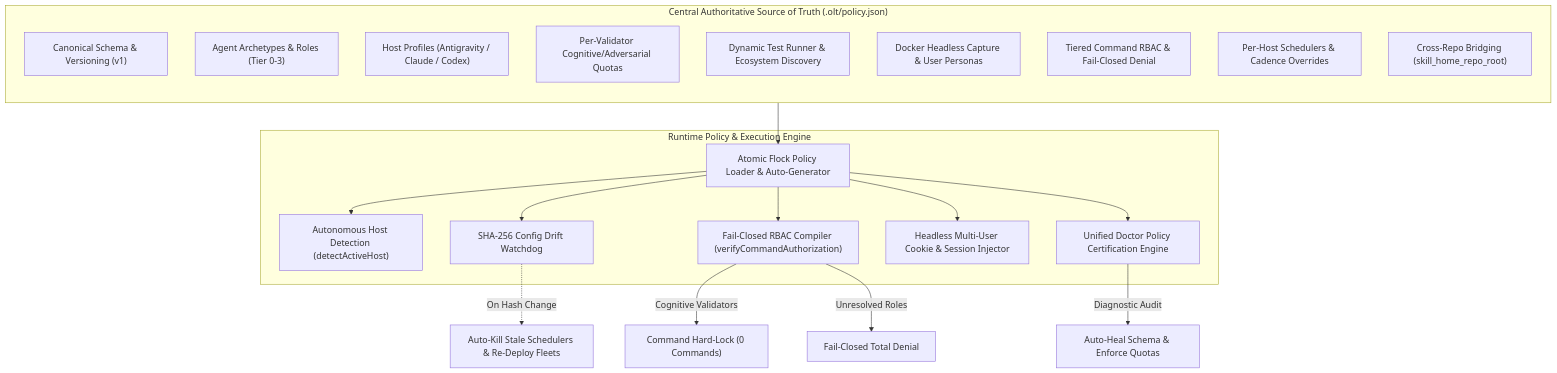
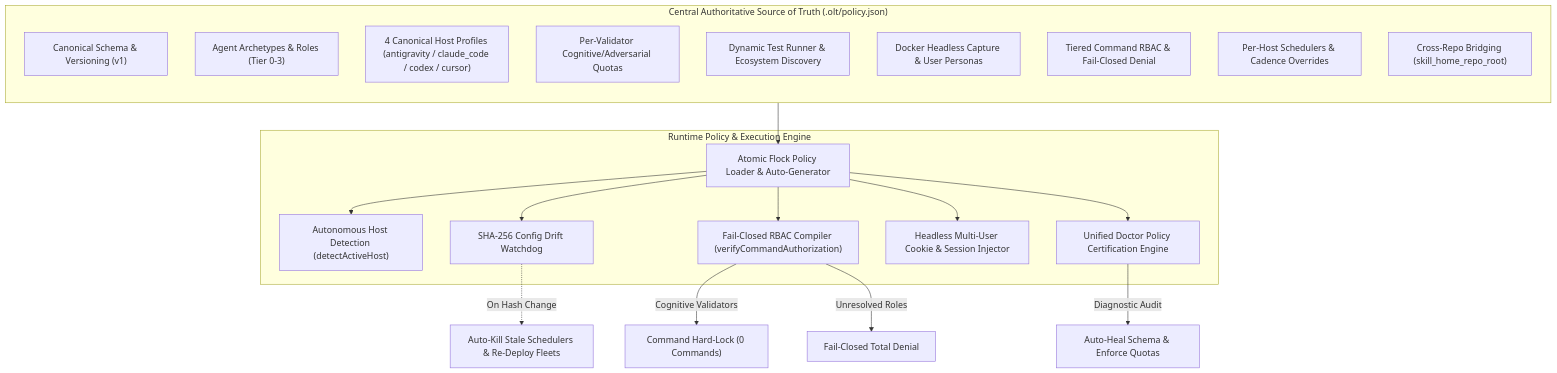
The first of 6 diagrams in docs/planning/central-repo-policy-json-engine/PLAN.md (onurseckin/skills), drawn with Mermaid before and after one commit. The commit also changed other lines of this file and 5 other files, not shown here.

Commit message:
docs(planning): codify 4-host matrix, claude-5 models, subdomain staging reflog safety, and 5-min parallelization SLA

````diff
--- a/docs/planning/central-repo-policy-json-engine/PLAN.md
+++ b/docs/planning/central-repo-policy-json-engine/PLAN.md
@@ -25,36 +25,36 @@
 ```mermaid
 graph TD
     subgraph SOT["Central Authoritative Source of Truth (.olt/policy.json)"]
         direction TB
         SCHEMA["Canonical Schema & Versioning (v1)"]
         AGENTS["Agent Archetypes & Roles (Tier 0-3)"]
-        HOSTS["Host Profiles (Antigravity / Claude / Codex)"]
+        HOSTS["4 Canonical Host Profiles (antigravity / claude_code / codex / cursor)"]
         QUOTAS["Per-Validator Cognitive/Adversarial Quotas"]
         TESTS["Dynamic Test Runner & Ecosystem Discovery"]
         DOCKER["Docker Headless Capture & User Personas"]
         RBAC["Tiered Command RBAC & Fail-Closed Denial"]
         SCHED["Per-Host Schedulers & Cadence Overrides"]
         BRIDGE["Cross-Repo Bridging (skill_home_repo_root)"]
     end
 
     subgraph ENGINE["Runtime Policy & Execution Engine"]
         LOADER["Atomic Flock Policy Loader & Auto-Generator"]
         AUTODETECT["Autonomous Host Detection (detectActiveHost)"]
         DRIFT["SHA-256 Config Drift Watchdog"]
         RBAC_EXEC["Fail-Closed RBAC Compiler (verifyCommandAuthorization)"]
         CAPTURE_EXEC["Headless Multi-User Cookie & Session Injector"]
         DOCTOR_EXEC["Unified Doctor Policy Certification Engine"]
     end
 
     SOT --> LOADER
     LOADER --> AUTODETECT
     LOADER --> DRIFT
     LOADER --> RBAC_EXEC
     LOADER --> CAPTURE_EXEC
     LOADER --> DOCTOR_EXEC
 
     DRIFT -.->|"On Hash Change"| REARM["Auto-Kill Stale Schedulers & Re-Deploy Fleets"]
     RBAC_EXEC -->|"Cognitive Validators"| HARDLOCK["Command Hard-Lock (0 Commands)"]
     RBAC_EXEC -->|"Unresolved Roles"| FAILCLOSED["Fail-Closed Total Denial"]
     DOCTOR_EXEC -->|"Diagnostic Audit"| REPAIR["Auto-Heal Schema & Enforce Quotas"]
 ```
````
